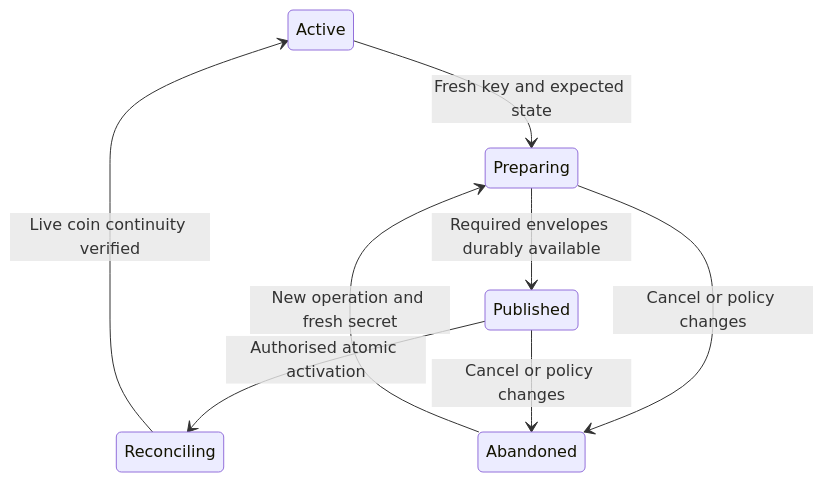
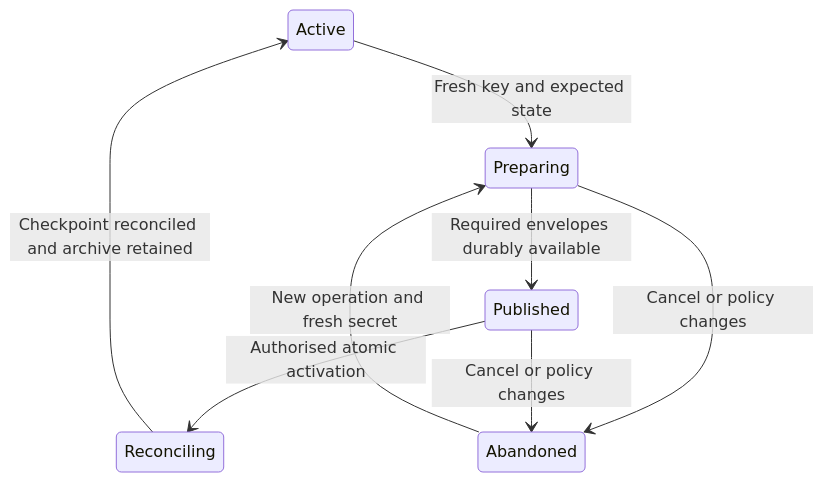
The diagram in docs/plans/viewing-key-sharing.md (honoratkablansi/passport), drawn with Mermaid before and after one commit. The commit also changed other lines of this file, not shown here.

````diff
--- a/docs/plans/viewing-key-sharing.md
+++ b/docs/plans/viewing-key-sharing.md
@@ -159,10 +192,10 @@
 ```mermaid
 stateDiagram-v2
     Active --> Preparing: Fresh key and expected state
     Preparing --> Published: Required envelopes durably available
     Published --> Reconciling: Authorised atomic activation
-    Reconciling --> Active: Live coin continuity verified
+    Reconciling --> Active: Checkpoint reconciled and archive retained
     Preparing --> Abandoned: Cancel or policy changes
     Published --> Abandoned: Cancel or policy changes
     Abandoned --> Preparing: New operation and fresh secret
 ```
````
